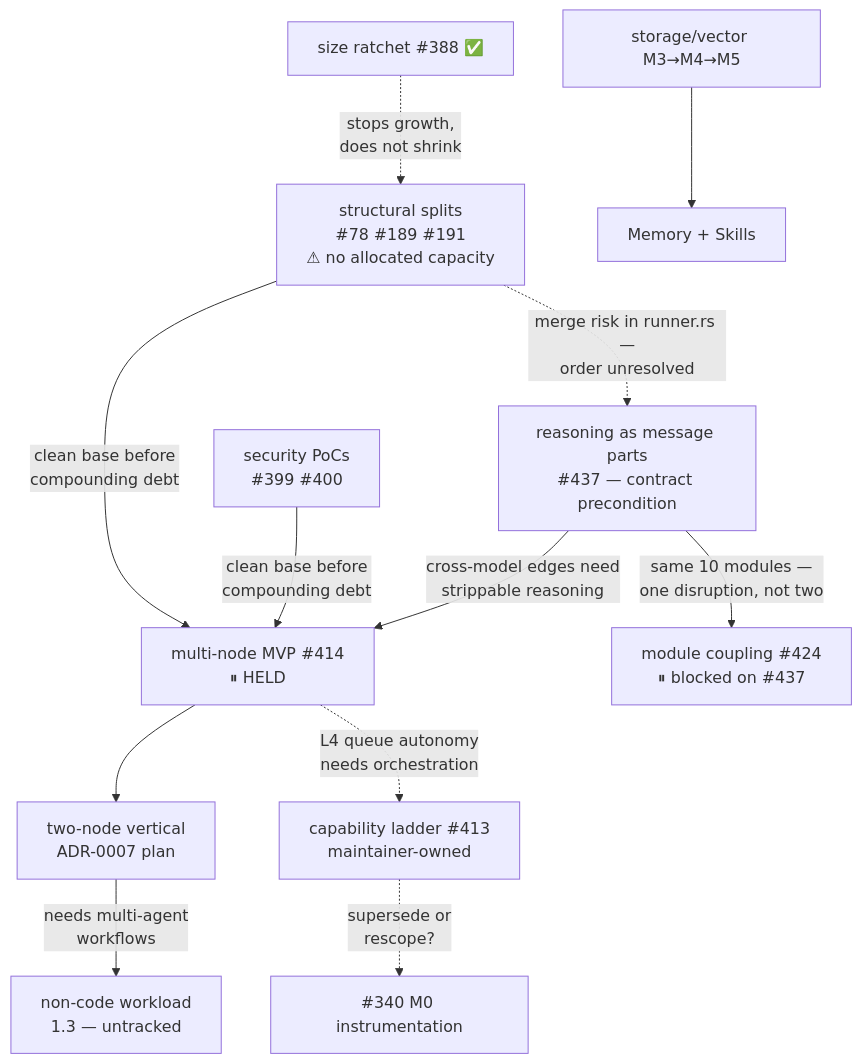
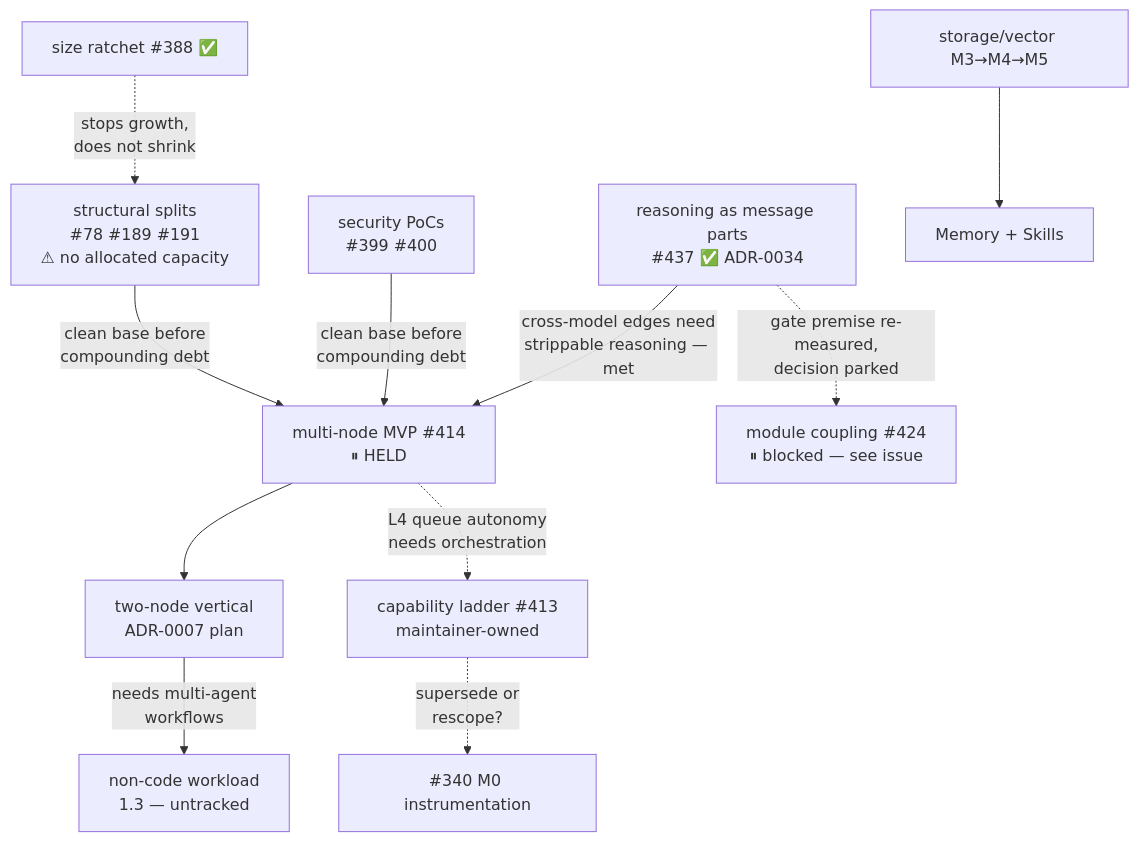
Before and after one commit to bricef/factor-q: the diagram in STATUS.md, drawn with Mermaid. The commit also changed other lines of this file and 3 other files, not shown here.

````diff
--- a/STATUS.md
+++ b/STATUS.md
@@ -191,17 +191,16 @@
 ```mermaid
 flowchart TD
   ratchet["size ratchet #388 ✅"] -.->|"stops growth,<br/>does not shrink"| splits
   splits["structural splits<br/>#78 #189 #191<br/>⚠ no allocated capacity"]
   secpoc["security PoCs<br/>#399 #400"]
   splits -->|"clean base before<br/>compounding debt"| mvp
   secpoc -->|"clean base before<br/>compounding debt"| mvp
-  parts["reasoning as message parts<br/>#437 — contract precondition"]
-  parts -->|"cross-model edges need<br/>strippable reasoning"| mvp
-  parts -->|"same 10 modules —<br/>one disruption, not two"| coupling["module coupling #424<br/>⏸ blocked on #437"]
+  parts["reasoning as message parts<br/>#437 ✅ ADR-0034"]
+  parts -->|"cross-model edges need<br/>strippable reasoning — met"| mvp
+  parts -.->|"gate premise re-measured,<br/>decision parked"| coupling["module coupling #424<br/>⏸ blocked — see issue"]
   mvp["multi-node MVP #414<br/>⏸ HELD"] --> vertical["two-node vertical<br/>ADR-0007 plan"]
   vertical -->|"needs multi-agent<br/>workflows"| noncode["non-code workload<br/>1.3 — untracked"]
   storage["storage/vector M3→M4→M5"] --> memskills["Memory + Skills"]
   ladder["capability ladder #413<br/>maintainer-owned"] -.->|"supersede or<br/>rescope?"| m0["#340 M0 instrumentation"]
   mvp -.->|"L4 queue autonomy<br/>needs orchestration"| ladder
-  splits -.->|"merge risk in runner.rs —<br/>order unresolved"| parts
 ```
````
